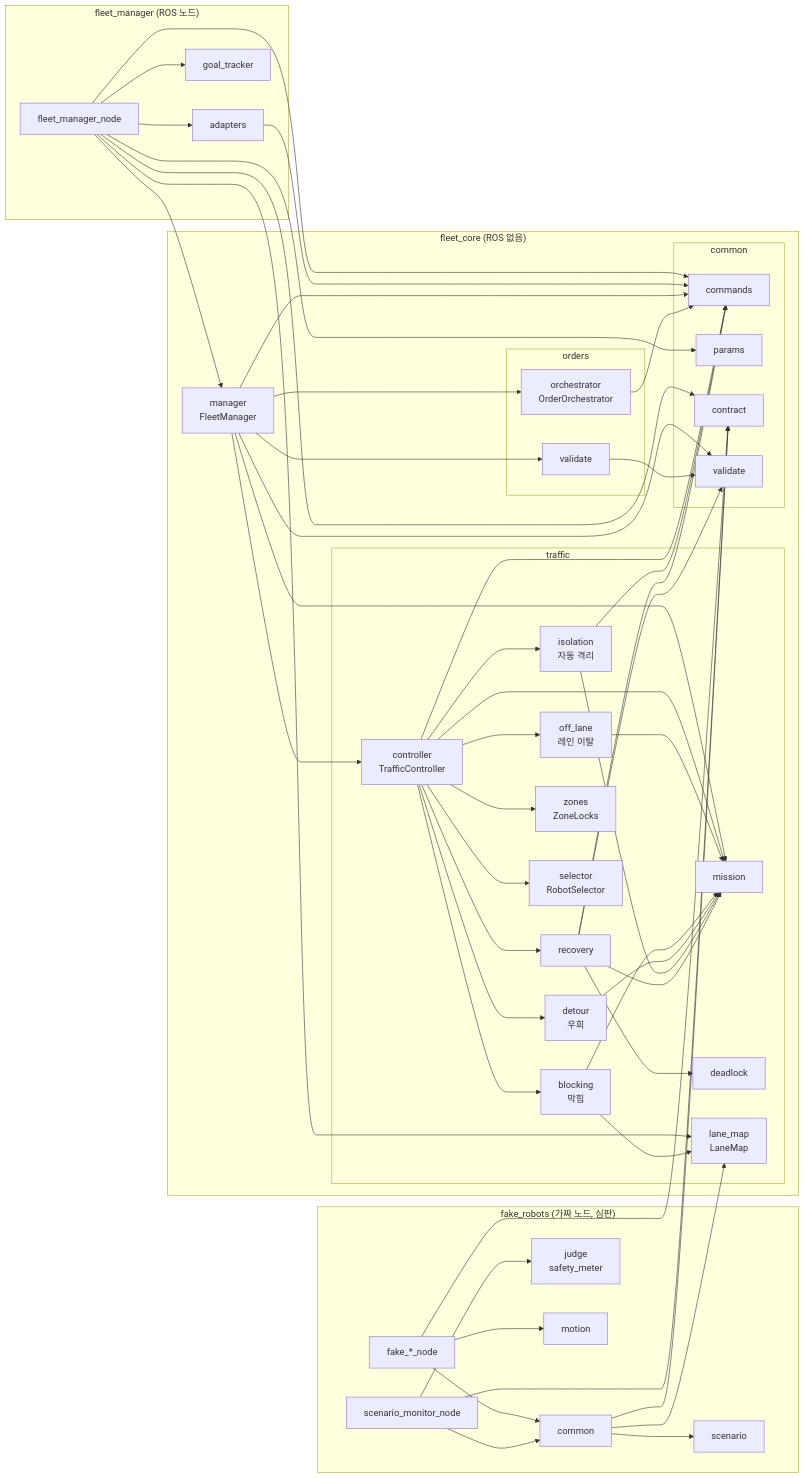
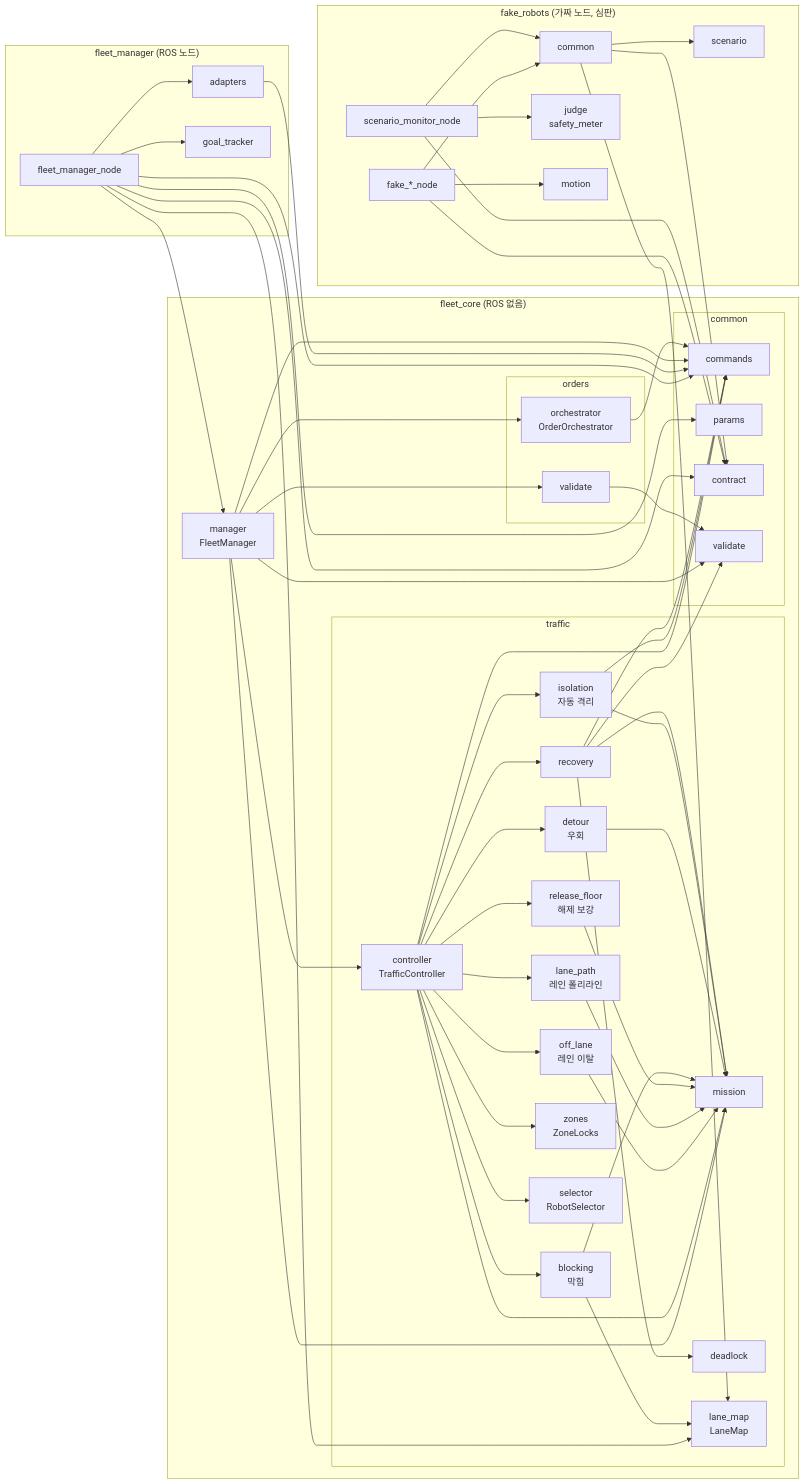
The first of 2 diagrams in README.md (PJW-1/roscamp-freefloor), drawn with Mermaid before and after one commit. The commit also changed other lines of this file and 3 other files, not shown here.

````diff
--- a/README.md
+++ b/README.md
@@ -13,56 +13,60 @@
 ```mermaid
 flowchart LR
   subgraph fleet["fleet_manager (ROS 노드)"]
     fmnode["fleet_manager_node"]
     adapters["adapters"]
     tracker["goal_tracker"]
   end
   subgraph core["fleet_core (ROS 없음)"]
     manager["manager<br/>FleetManager"]
     subgraph orders["orders"]
       orch["orchestrator<br/>OrderOrchestrator"]
       ovalid["validate"]
     end
     subgraph traffic["traffic"]
       ctrl["controller<br/>TrafficController"]
       blocking["blocking<br/>막힘"]
       detour["detour<br/>우회"]
       isolation["isolation<br/>자동 격리"]
       offlane["off_lane<br/>레인 이탈"]
+      lanepath["lane_path<br/>레인 폴리라인"]
+      relfloor["release_floor<br/>해제 보강"]
       mission["mission"]
       recovery["recovery"]
       zones["zones<br/>ZoneLocks"]
       selector["selector<br/>RobotSelector"]
       deadlock["deadlock"]
       lanemap["lane_map<br/>LaneMap"]
     end
     subgraph common["common"]
       commands["commands"]
       params["params"]
       contract["contract"]
       cvalid["validate"]
     end
   end
   subgraph sim["fake_robots (가짜 노드, 심판)"]
     fakes["fake_*_node"]
     monitor["scenario_monitor_node"]
     simcommon["common"]
     scenario["scenario"]
     judge["judge<br/>safety_meter"]
     motion["motion"]
   end
   fmnode --> adapters & tracker & manager & lanemap & contract & params & commands
   adapters --> commands
   manager --> orch & ctrl & mission & commands & cvalid & ovalid
   ovalid --> cvalid
   orch --> commands
-  ctrl --> mission & recovery & zones & selector & commands & blocking & detour & isolation & offlane
+  ctrl --> mission & recovery & zones & selector & commands & blocking & detour & isolation & offlane & lanepath & relfloor
   offlane --> mission
+  lanepath --> mission
+  relfloor --> mission
   blocking --> lanemap & mission
   detour --> mission
   isolation --> mission & commands
   recovery --> mission & deadlock & commands & cvalid
   fakes --> simcommon & motion & contract
   monitor --> simcommon & judge & contract
   simcommon --> scenario & contract & lanemap
 ```
````
